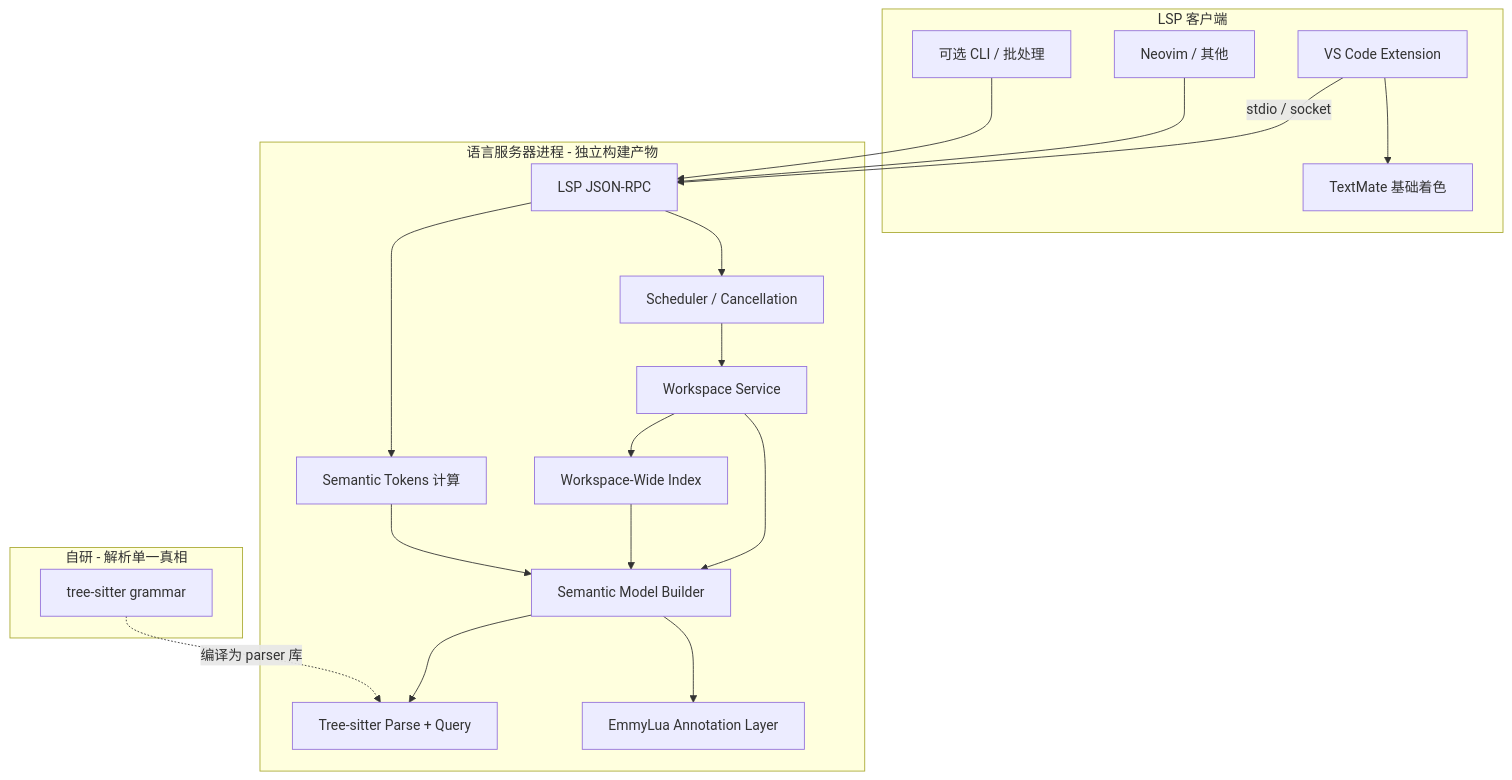
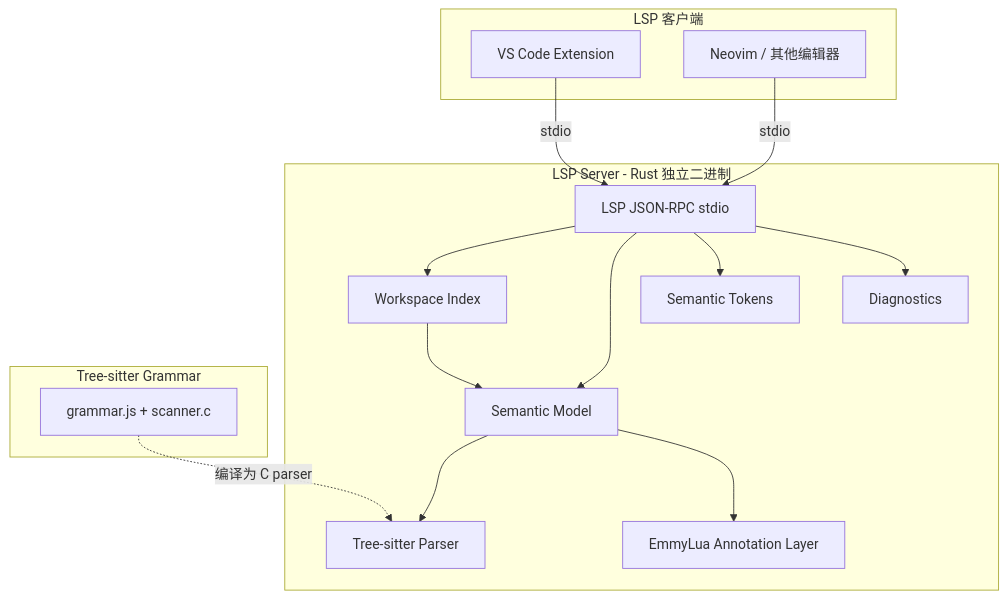
The diagram in docs/architecture.md (treert/ai-mylua-lsp), drawn with Mermaid before and after one commit. The commit also changed other lines of this file and 17 other files, not shown here.

````diff
--- a/docs/architecture.md
+++ b/docs/architecture.md
@@ -9,36 +7,29 @@
 ```mermaid
 flowchart TB
   subgraph clients [LSP 客户端]
     VSC[VS Code Extension]
-    TM[TextMate 基础着色]
-    NEOVIM[Neovim / 其他]
-    CLI[可选 CLI / 批处理]
+    NEOVIM[Neovim / 其他编辑器]
   end
-  subgraph server [语言服务器进程 - 独立构建产物]
-    API[LSP JSON-RPC]
-    SCHED[Scheduler / Cancellation]
-    WS[Workspace Service]
-    IDX[Workspace-Wide Index]
-    SEM[Semantic Model Builder]
-    TS[Tree-sitter Parse + Query]
+  subgraph server [LSP Server - Rust 独立二进制]
+    API[LSP JSON-RPC stdio]
+    IDX[Workspace Index]
+    SEM[Semantic Model]
+    TS[Tree-sitter Parser]
     ANN[EmmyLua Annotation Layer]
-    TOK[Semantic Tokens 计算]
+    TOK[Semantic Tokens]
+    DIAG[Diagnostics]
   end
-  subgraph grammar [自研 - 解析单一真相]
-    GR[tree-sitter grammar]
+  subgraph grammar [Tree-sitter Grammar]
+    GR[grammar.js + scanner.c]
   end
-  VSC --> TM
-  VSC -->|stdio / socket| API
-  NEOVIM --> API
-  CLI --> API
+  VSC -->|stdio| API
+  NEOVIM -->|stdio| API
+  API --> IDX
+  API --> SEM
   API --> TOK
-  API --> SCHED
-  SCHED --> WS
-  WS --> IDX
-  WS --> SEM
+  API --> DIAG
   SEM --> TS
   SEM --> ANN
   IDX --> SEM
-  TOK --> SEM
-  GR -.->|编译为 parser 库| TS
+  GR -.->|编译为 C parser| TS
 ```
````
